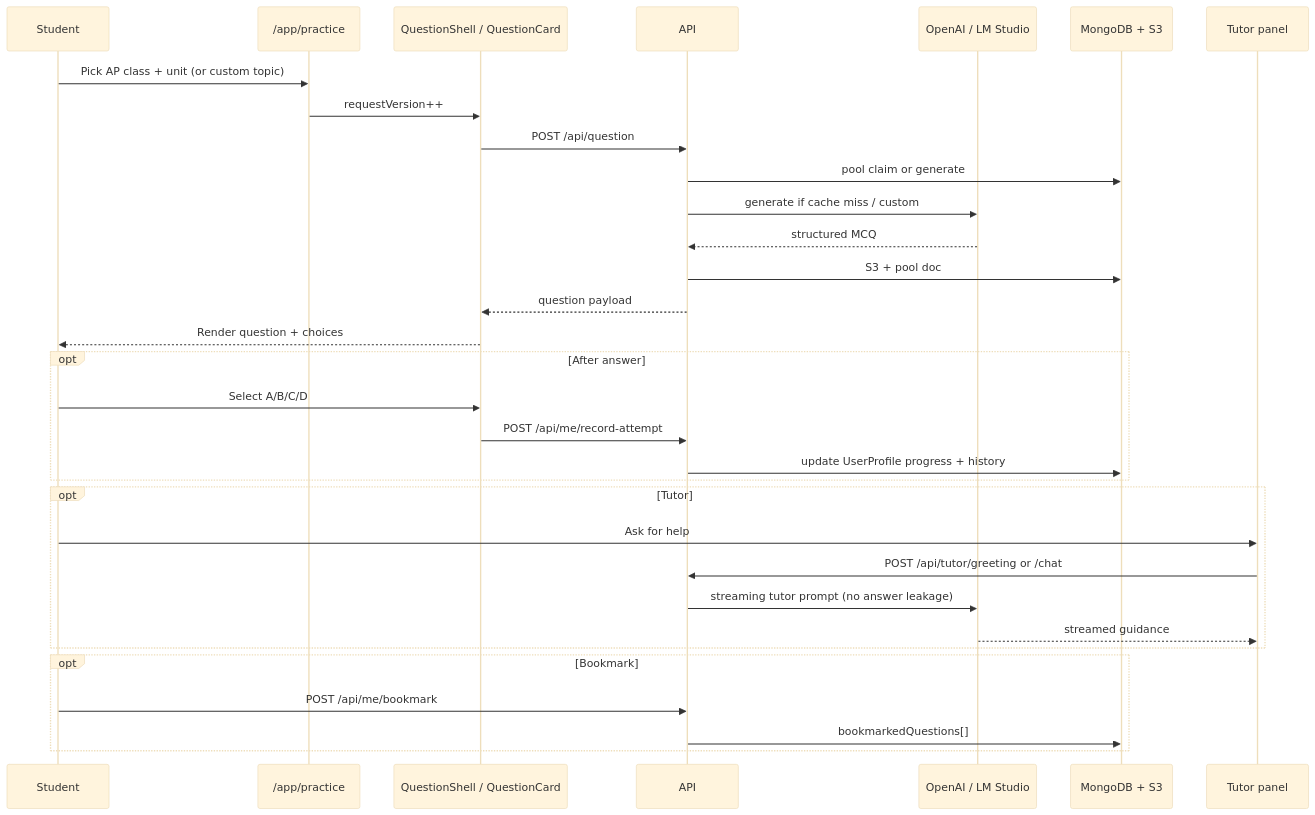
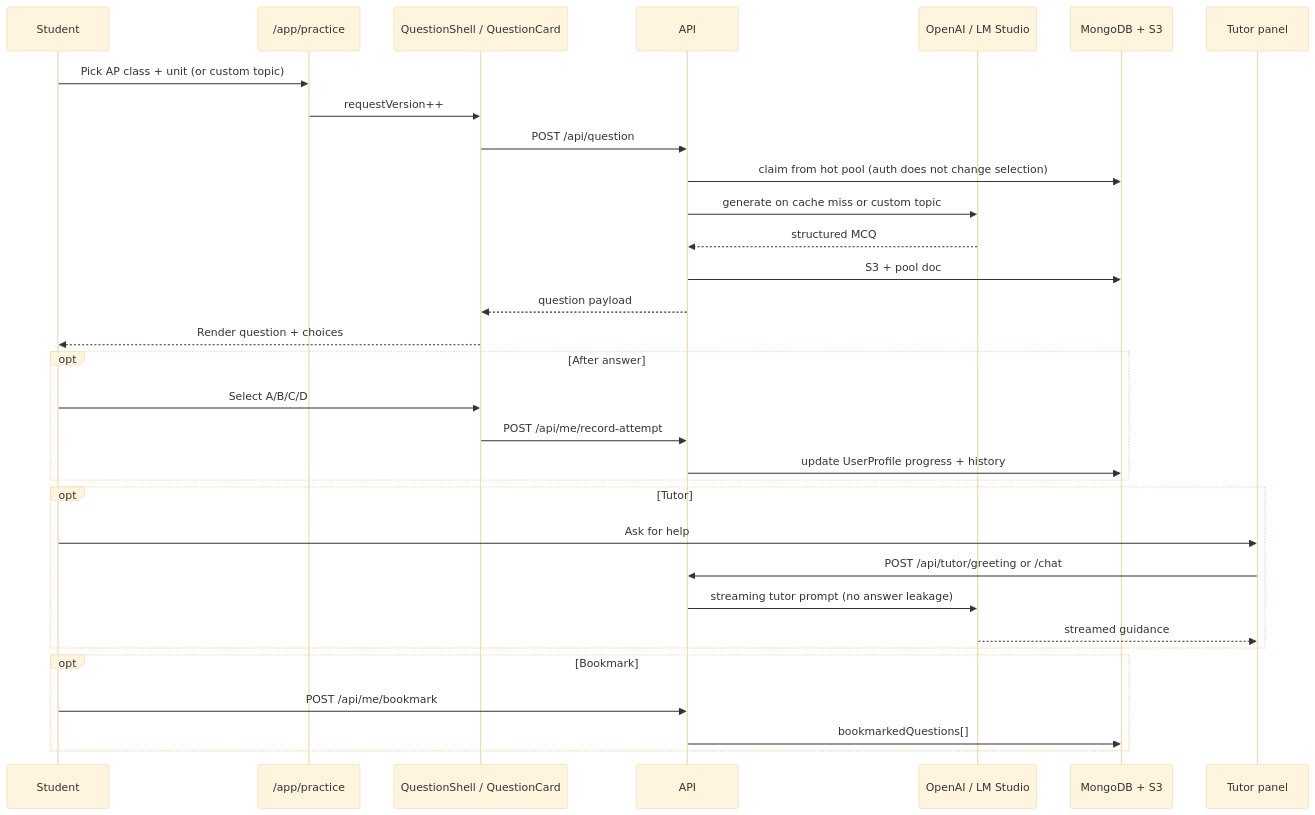
The sixth of 7 diagrams in docs/architecture.md (5cisummai/freeappractice), drawn with Mermaid (base theme) before and after one commit. The commit also changed other lines of this file and 13 other files, not shown here.

````diff
--- a/docs/architecture.md
+++ b/docs/architecture.md
@@ -218,38 +232,38 @@
 ```mermaid
 sequenceDiagram
     participant U as Student
     participant App as /app/practice
     participant QS as QuestionShell / QuestionCard
     participant API as API
     participant AI as OpenAI / LM Studio
     participant DB as MongoDB + S3
     participant Tutor as Tutor panel
 
     U->>App: Pick AP class + unit (or custom topic)
     App->>QS: requestVersion++
     QS->>API: POST /api/question
-    API->>DB: pool claim or generate
-    API->>AI: generate if cache miss / custom
+    API->>DB: claim from hot pool (auth does not change selection)
+    API->>AI: generate on cache miss or custom topic
     AI-->>API: structured MCQ
     API->>DB: S3 + pool doc
     API-->>QS: question payload
     QS-->>U: Render question + choices
 
     opt After answer
         U->>QS: Select A/B/C/D
         QS->>API: POST /api/me/record-attempt
         API->>DB: update UserProfile progress + history
     end
 
     opt Tutor
         U->>Tutor: Ask for help
         Tutor->>API: POST /api/tutor/greeting or /chat
         API->>AI: streaming tutor prompt (no answer leakage)
         AI-->>Tutor: streamed guidance
     end
 
     opt Bookmark
         U->>API: POST /api/me/bookmark
         API->>DB: bookmarkedQuestions[]
     end
 ```
````
